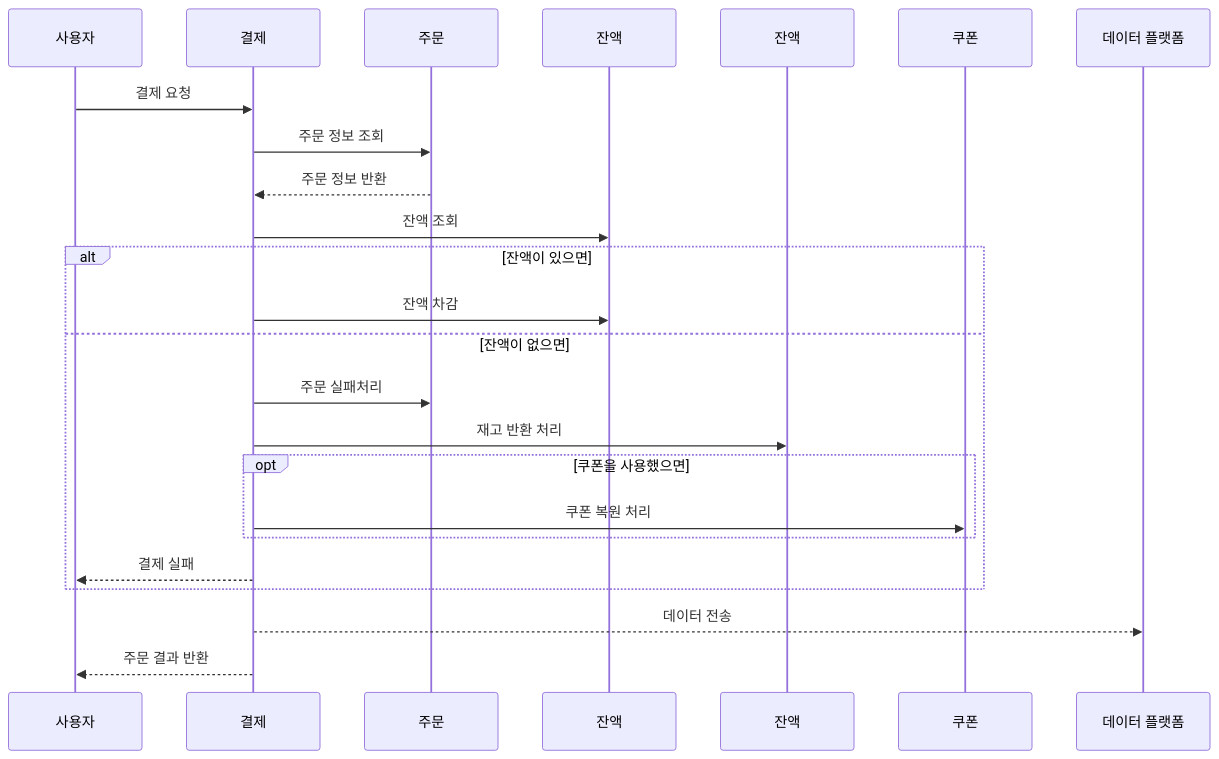
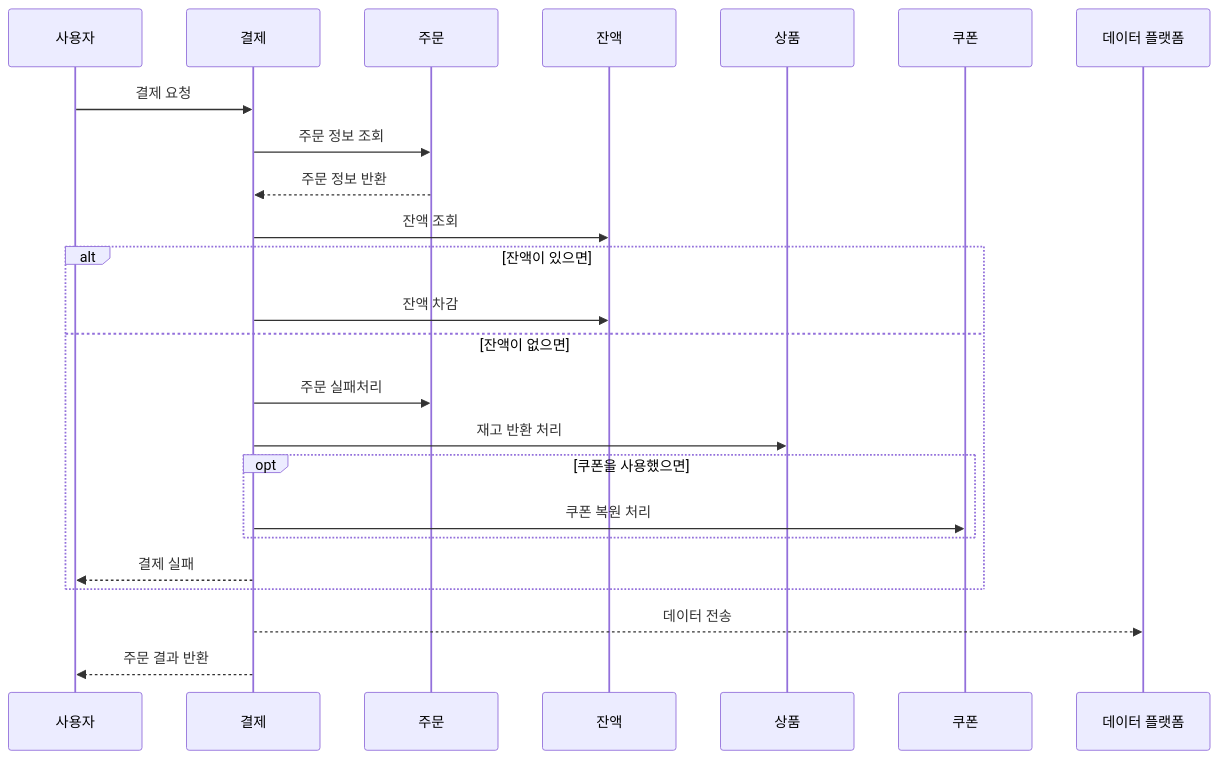
The ninth of 11 diagrams in docs/시퀀스다이어그램.md (Hyuntae-91/ecommerce-practice), drawn with Mermaid before and after one commit. The commit also changed other lines of this file and 13 other files, not shown here.

Commit message:
docs: 불필요한 image 파일 삭제 및 erd 머메이드에서 다른 툴로 변경

````diff
--- a/docs/시퀀스다이어그램.md
+++ b/docs/시퀀스다이어그램.md
@@ -139,27 +156,27 @@
 ```mermaid
 sequenceDiagram
   participant P0 as 사용자
   participant P1 as 결제
   participant P2 as 주문
   participant P3 as 잔액
-  participant P4 as 잔액
+  participant P4 as 상품
   participant P5 as 쿠폰
   participant P6 as 데이터 플랫폼
 
   P0 ->> P1: 결제 요청
   P1 ->> P2: 주문 정보 조회
   P2 -->> P1: 주문 정보 반환
   P1 ->> P3: 잔액 조회
   alt 잔액이 있으면
     P1 ->> P3: 잔액 차감
   else 잔액이 없으면
     P1 ->> P2: 주문 실패처리
     P1 ->> P4: 재고 반환 처리
     opt 쿠폰을 사용했으면
         P1 ->> P5: 쿠폰 복원 처리
     end
     P1 -->> P0: 결제 실패
   end
   P1 -->> P6: 데이터 전송
   P1 -->> P0: 주문 결과 반환
 ```
````
